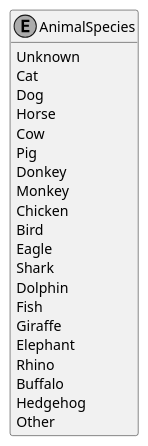
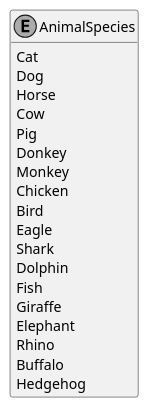
The diagram in Documentation/Generated/Enumerations/DoofesZeug.Models.Animals/AnimalSpecies.puml (ObiWanLansi/DoofesZeug), drawn with PlantUML before and after one commit. The commit also changed 32 other files, not shown here.

```diff
--- a/Documentation/Generated/Enumerations/DoofesZeug.Models.Animals/AnimalSpecies.puml
+++ b/Documentation/Generated/Enumerations/DoofesZeug.Models.Animals/AnimalSpecies.puml
@@ -1,28 +1,26 @@
 @startuml
 skinparam monochrome true
 hide empty members
 
 enum AnimalSpecies {
-    Unknown
     Cat
     Dog
     Horse
     Cow
     Pig
     Donkey
     Monkey
     Chicken
     Bird
     Eagle
     Shark
     Dolphin
     Fish
     Giraffe
     Elephant
     Rhino
     Buffalo
     Hedgehog
-    Other
 }
 
 @enduml
```
